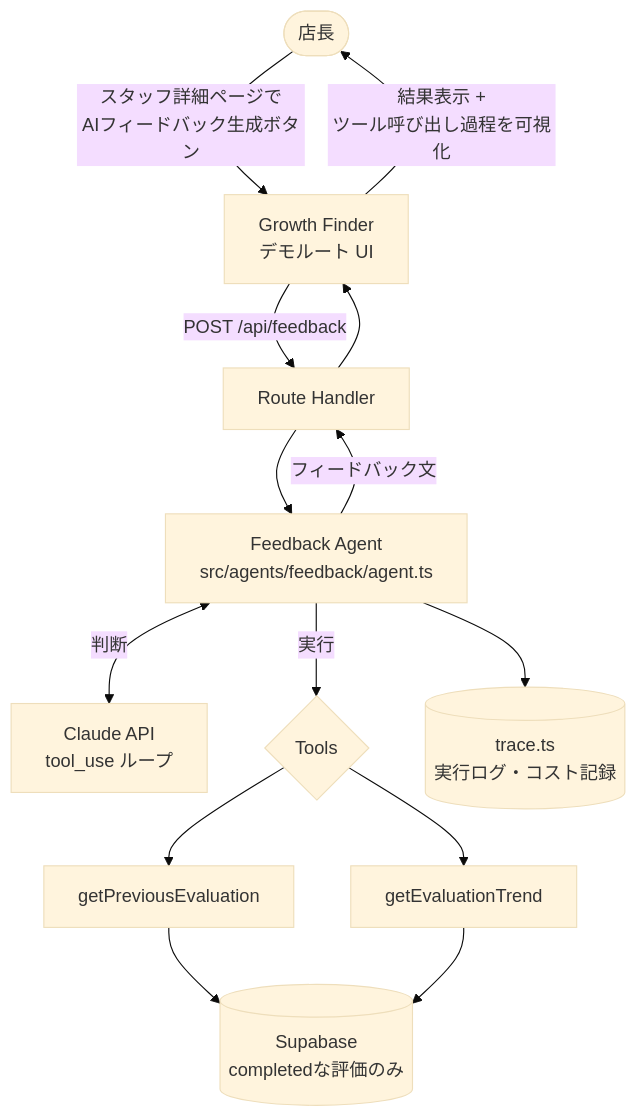
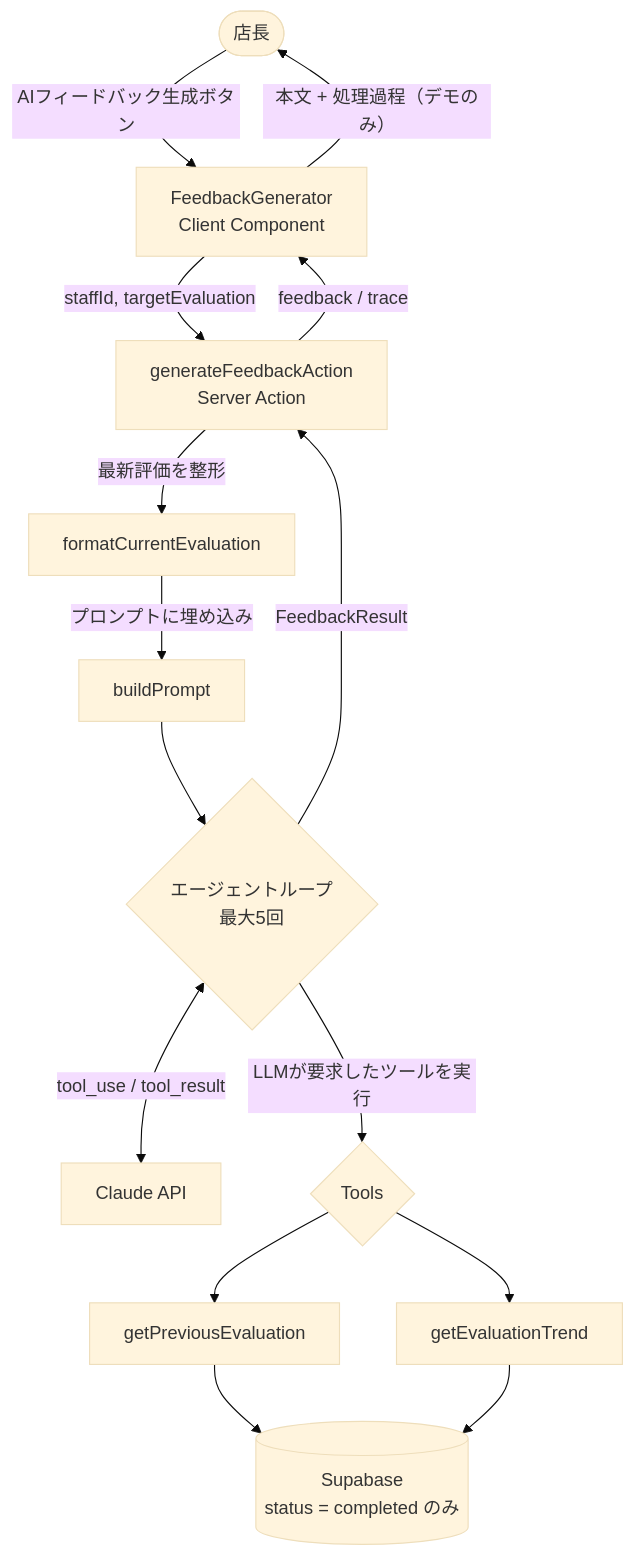
The diagram in src/agents/feedback/README.md (takeshi0518/growth-finder), drawn with Mermaid (base theme) before and after one commit. The commit also changed other lines of this file, not shown here.

````diff
--- a/src/agents/feedback/README.md
+++ b/src/agents/feedback/README.md
@@ -150,17 +146,20 @@
 ```mermaid
 flowchart TD
-    Manager([店長]) -->|スタッフ詳細ページで<br/>AIフィードバック生成ボタン| UI[Growth Finder<br/>デモルート UI]
-    UI -->|POST /api/feedback| API[Route Handler]
-    API --> Agent[Feedback Agent<br/>src/agents/feedback/agent.ts]
+    Manager([店長]) -->|AIフィードバック生成ボタン| UI[FeedbackGenerator<br/>Client Component]
+    UI -->|staffId, targetEvaluation| Action[generateFeedbackAction<br/>Server Action]
 
-    Agent <-->|判断| LLM[Claude API<br/>tool_use ループ]
-    Agent -->|実行| Tools{Tools}
+    Action -->|最新評価を整形| Format[formatCurrentEvaluation]
+    Format -->|プロンプトに埋め込み| Prompt[buildPrompt]
+    Prompt --> Loop{エージェントループ<br/>最大5回}
+
+    Loop <-->|tool_use / tool_result| LLM[Claude API]
+    Loop -->|LLMが要求したツールを実行| Tools{Tools}
     Tools --> T1[getPreviousEvaluation]
     Tools --> T2[getEvaluationTrend]
-    T1 --> DB[(Supabase<br/>completedな評価のみ)]
+    T1 --> DB[(Supabase<br/>status = completed のみ)]
     T2 --> DB
 
-    Agent --> Trace[(trace.ts<br/>実行ログ・コスト記録)]
-    Agent -->|フィードバック文| API --> UI
-    UI -->|結果表示 +<br/>ツール呼び出し過程を可視化| Manager
+    Loop -->|FeedbackResult| Action
+    Action -->|feedback / trace| UI
+    UI -->|本文 + 処理過程（デモのみ）| Manager
 ```
````
